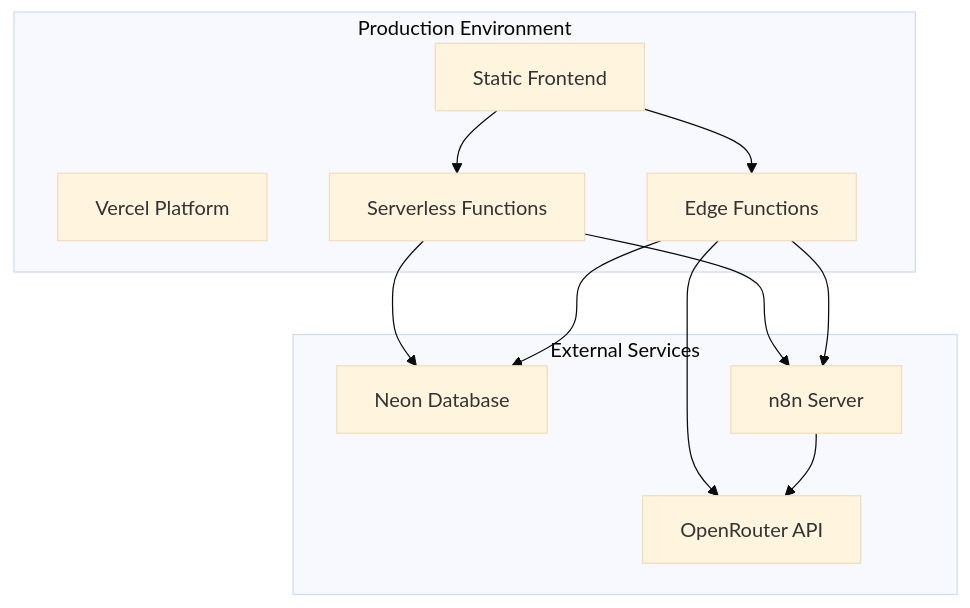
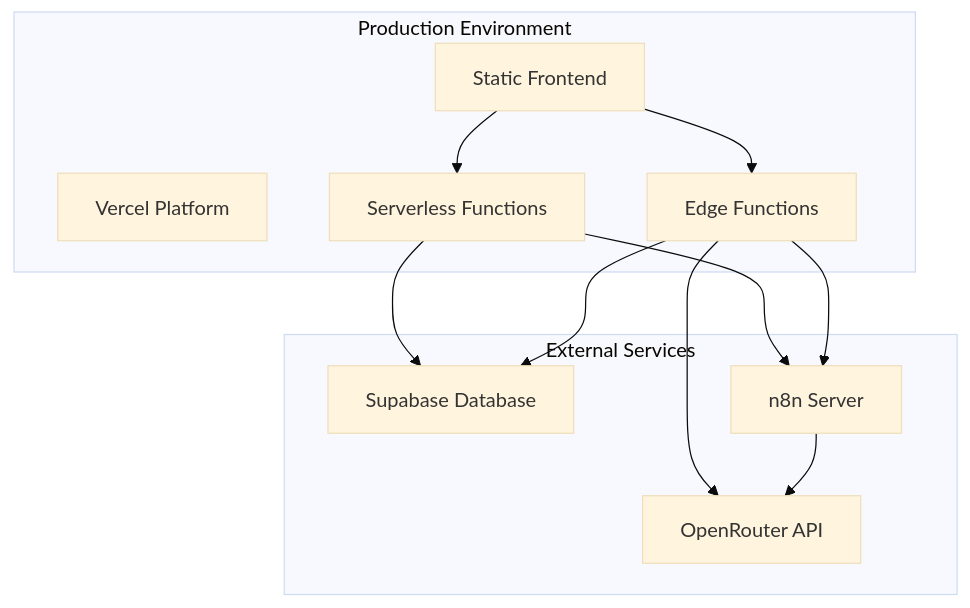
Before and after one commit to NikkuNoShori/MealPrep-Agent: the ninth of 14 diagrams in docs/Architecture/diagrams.md, drawn with Mermaid (base theme). The commit also changed other lines of this file and 68 other files, not shown here.

First line of the commit message:
Update package dependencies, enhance authentication flow, and implement new features

````diff
--- a/docs/Architecture/diagrams.md
+++ b/docs/Architecture/diagrams.md
@@ -337,24 +337,24 @@
 ```mermaid
 graph TB
     subgraph "Production Environment"
         Vercel[Vercel Platform]
         Edge[Edge Functions]
         Serverless[Serverless Functions]
         Frontend[Static Frontend]
     end
     
     subgraph "External Services"
-        NeonDB[Neon Database]
+        SupabaseDB[Supabase Database]
         N8NServer[n8n Server]
         OpenRouter[OpenRouter API]
     end
     
     Frontend --> Edge
     Frontend --> Serverless
-    Edge --> NeonDB
+    Edge --> SupabaseDB
     Edge --> N8NServer
-    Serverless --> NeonDB
+    Serverless --> SupabaseDB
     Serverless --> N8NServer
     N8NServer --> OpenRouter
     Edge --> OpenRouter
 ```
````
